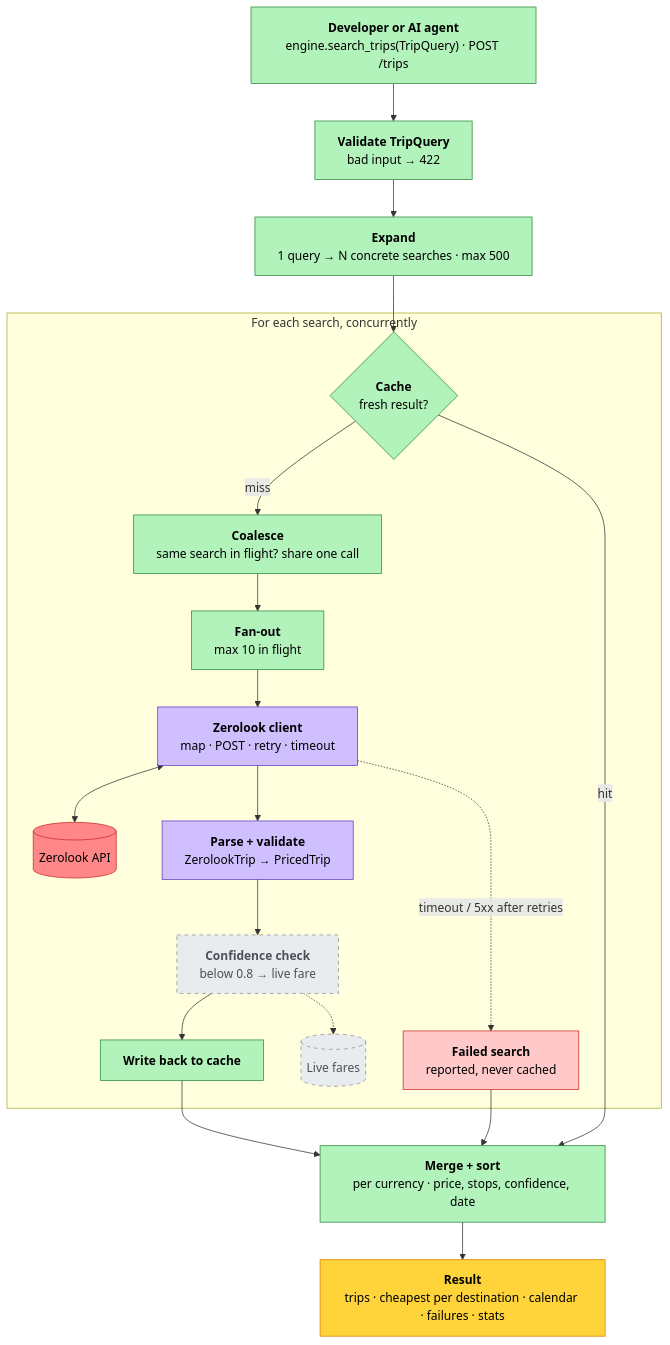
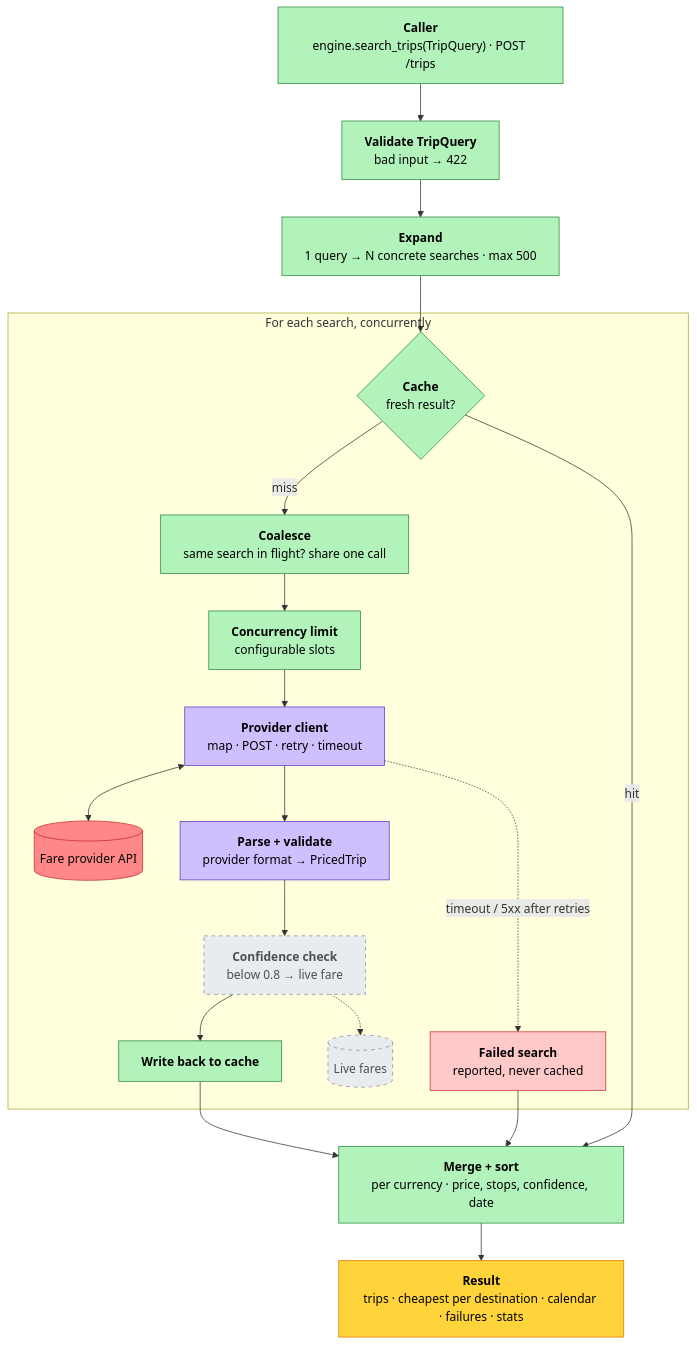
One commit to Angelos-Zaimis/flightkit changed the diagram in README.md. Above: the diagram before and after it, drawn with Mermaid. The commit also changed other lines of this file, not shown here.

````diff
--- a/README.md
+++ b/README.md
@@ -10,48 +43,48 @@
 ```mermaid
 %%{init: {"flowchart": {"wrappingWidth": 320}}}%%
 flowchart TD
-    dev["<b>Developer or AI agent</b><br/>engine.search_trips(TripQuery) · POST /trips"]
+    dev["<b>Caller</b><br/>engine.search_trips(TripQuery) · POST /trips"]
     validate["<b>Validate TripQuery</b><br/>bad input → 422"]
     expand["<b>Expand</b><br/>1 query → N concrete searches · max 500"]
 
     subgraph per ["For each search, concurrently"]
         cache{"<b>Cache</b><br/>fresh result?"}
         coalesce["<b>Coalesce</b><br/>same search in flight? share one call"]
-        fanout["<b>Fan-out</b><br/>max 10 in flight"]
-        client["<b>Zerolook client</b><br/>map · POST · retry · timeout"]
-        api[("Zerolook API")]
-        parse["<b>Parse + validate</b><br/>ZerolookTrip → PricedTrip"]
+        fanout["<b>Concurrency limit</b><br/>configurable slots"]
+        client["<b>Provider client</b><br/>map · POST · retry · timeout"]
+        api[("Fare provider API")]
+        parse["<b>Parse + validate</b><br/>provider format → PricedTrip"]
         conf["<b>Confidence check</b><br/>below 0.8 → live fare"]
         live[("Live fares")]
         write["<b>Write back to cache</b>"]
         failed["<b>Failed search</b><br/>reported, never cached"]
     end
 
     merge["<b>Merge + sort</b><br/>per currency · price, stops, confidence, date"]
     result["<b>Result</b><br/>trips · cheapest per destination · calendar · failures · stats"]
 
     dev --> validate --> expand --> cache
     cache -- miss --> coalesce --> fanout --> client
     client <--> api
     client --> parse --> conf --> write
     conf -.-> live
     client -. "timeout / 5xx after retries" .-> failed
     cache -- hit --> merge
     write --> merge
     failed --> merge
     merge --> result
 
     classDef core fill:#b2f2bb,stroke:#2b8a3e,color:#000
     classDef adapter fill:#d0bfff,stroke:#5f3dc4,color:#000
     classDef external fill:#ff8787,stroke:#c92a2a,color:#000
     classDef planned fill:#e9ecef,stroke:#868e96,stroke-dasharray: 5 5,color:#495057
     classDef failure fill:#ffc9c9,stroke:#c92a2a,color:#000
     classDef output fill:#ffd43b,stroke:#e67700,color:#000
 
     class dev,validate,expand,cache,coalesce,fanout,write,merge core
     class client,parse adapter
     class api external
     class conf,live planned
     class failed failure
     class result output
 ```
````
